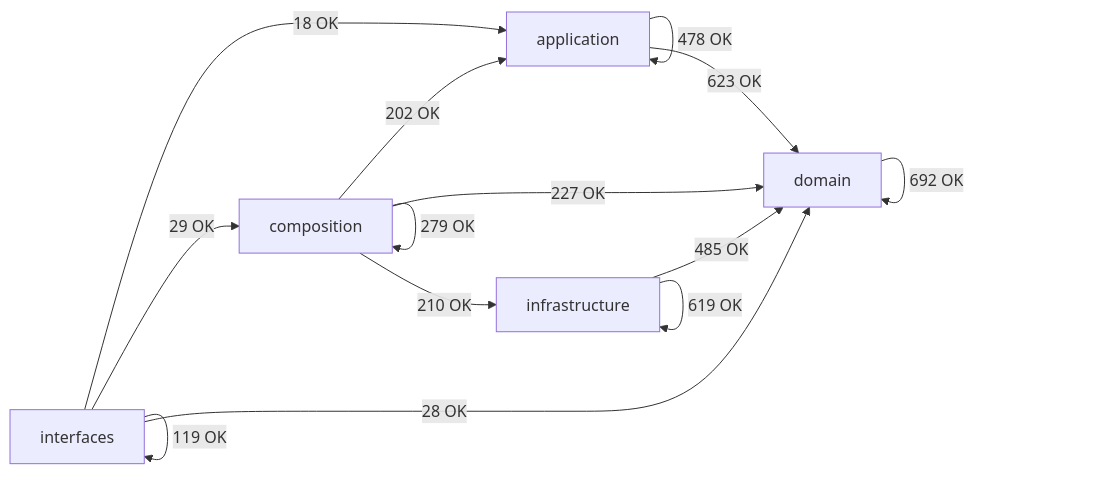
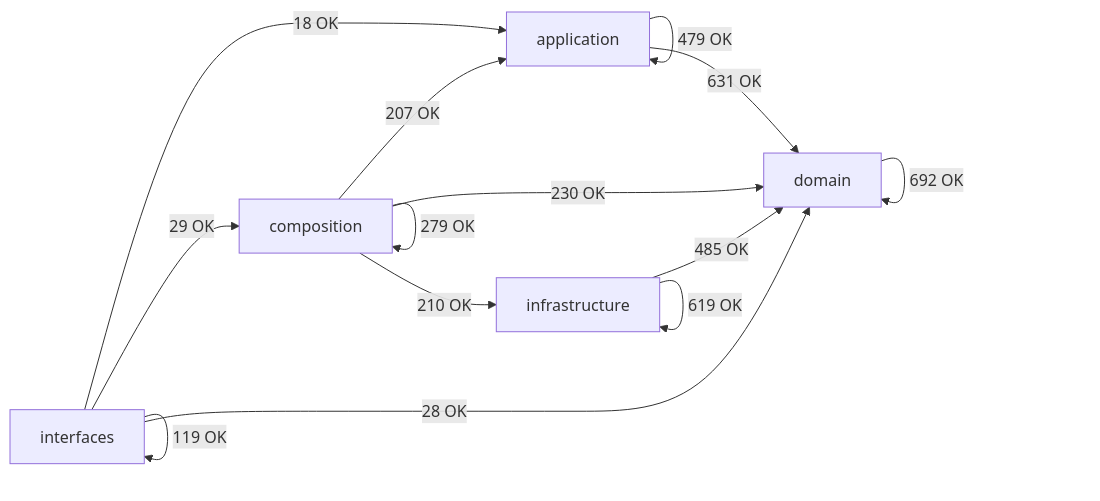
One commit to SatoryKono/BioactivityDataAcquisition changed the diagram in docs/02-architecture/generated/module-dependency-map.md. Above: the diagram before and after it, drawn with Mermaid. The commit also changed other lines of this file and 40 other files, not shown here.

````diff
--- a/docs/02-architecture/generated/module-dependency-map.md
+++ b/docs/02-architecture/generated/module-dependency-map.md
@@ -16,21 +16,21 @@
 ```mermaid
 flowchart LR
     domain[domain]
     application[application]
     infrastructure[infrastructure]
     composition[composition]
     interfaces[interfaces]
-    application -->|478 OK| application
-    application -->|623 OK| domain
-    composition -->|202 OK| application
+    application -->|479 OK| application
+    application -->|631 OK| domain
+    composition -->|207 OK| application
     composition -->|279 OK| composition
-    composition -->|227 OK| domain
+    composition -->|230 OK| domain
     composition -->|210 OK| infrastructure
     domain -->|692 OK| domain
     infrastructure -->|485 OK| domain
     infrastructure -->|619 OK| infrastructure
     interfaces -->|18 OK| application
     interfaces -->|29 OK| composition
     interfaces -->|28 OK| domain
     interfaces -->|119 OK| interfaces
 ```
````
